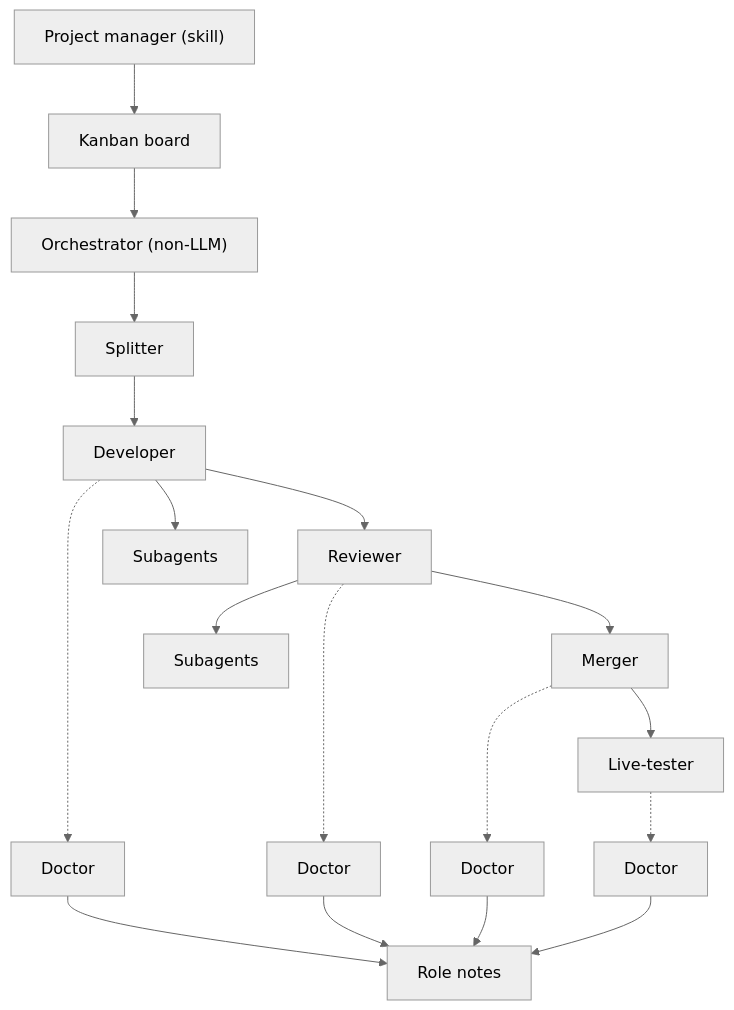
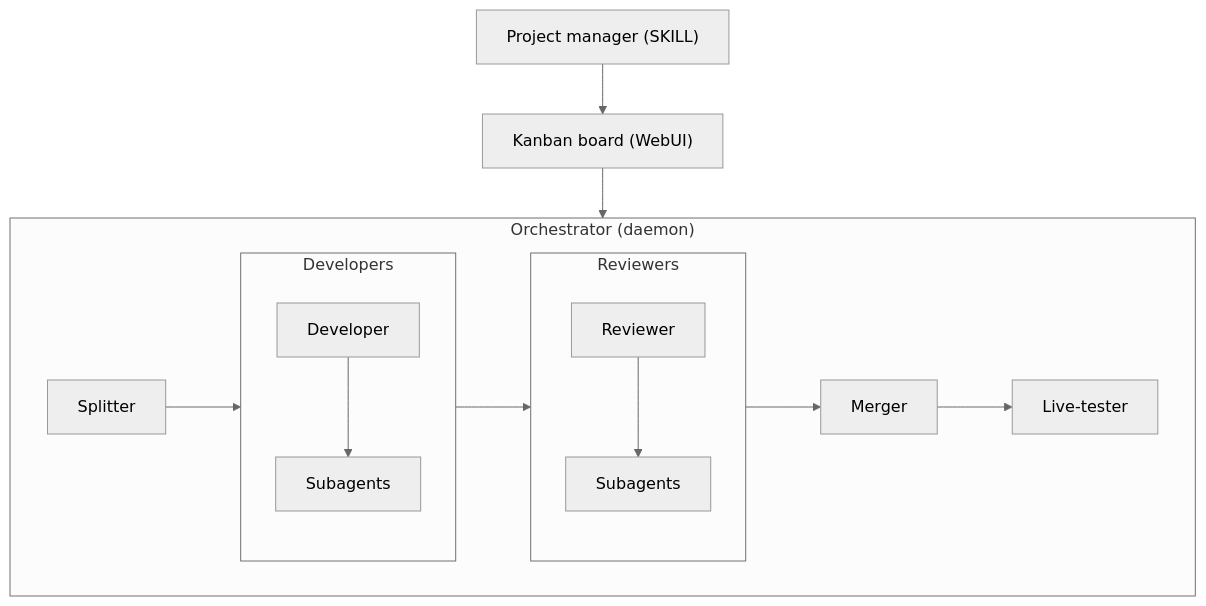
The diagram in README.md (sphamba/se-llm-team), drawn with Mermaid (neutral theme) before and after one commit.

Commit message:
docs: simplify diagram

````diff
--- a/README.md
+++ b/README.md
@@ -12,20 +12,20 @@
 ```mermaid
 flowchart TD
-    PM["Project manager (skill)"] --> Board["Kanban board"]
-    Board --> Orchestrator["Orchestrator (non-LLM)"]
-    Orchestrator --> Splitter["Splitter"]
-    Splitter --> Developer["Developer"]
-    Developer --> Reviewer["Reviewer"]
-    Reviewer --> Merger["Merger"]
-    Merger --> LiveTester["Live-tester"]
-    Developer --> DevSubagents["Subagents"]
-    Reviewer --> ReviewerSubagents["Subagents"]
-    Developer -.-> DevDoctor["Doctor"]
-    Reviewer -.-> ReviewerDoctor["Doctor"]
-    Merger -.-> MergerDoctor["Doctor"]
-    LiveTester -.-> LiveTesterDoctor["Doctor"]
-    DevDoctor --> RoleNotes["Role notes"]
-    ReviewerDoctor --> RoleNotes
-    MergerDoctor --> RoleNotes
-    LiveTesterDoctor --> RoleNotes
+    PM["Project manager (SKILL)"] --> Board
+    Board["Kanban board (WebUI)"] --> Orchestrator
+    subgraph Orchestrator["Orchestrator (daemon)"]
+        direction LR
+        Splitter --> Developers
+        Developers --> Reviewers
+        Reviewers --> Merger
+        Merger --> LiveTester["Live-tester"]
+    end
+    subgraph Developers
+        direction TB
+        Developer --> SubDevelopers["Subagents"]
+    end
+    subgraph Reviewers
+        direction TB
+        Reviewer --> SubReviewers["Subagents"]
+    end
 ```
````
